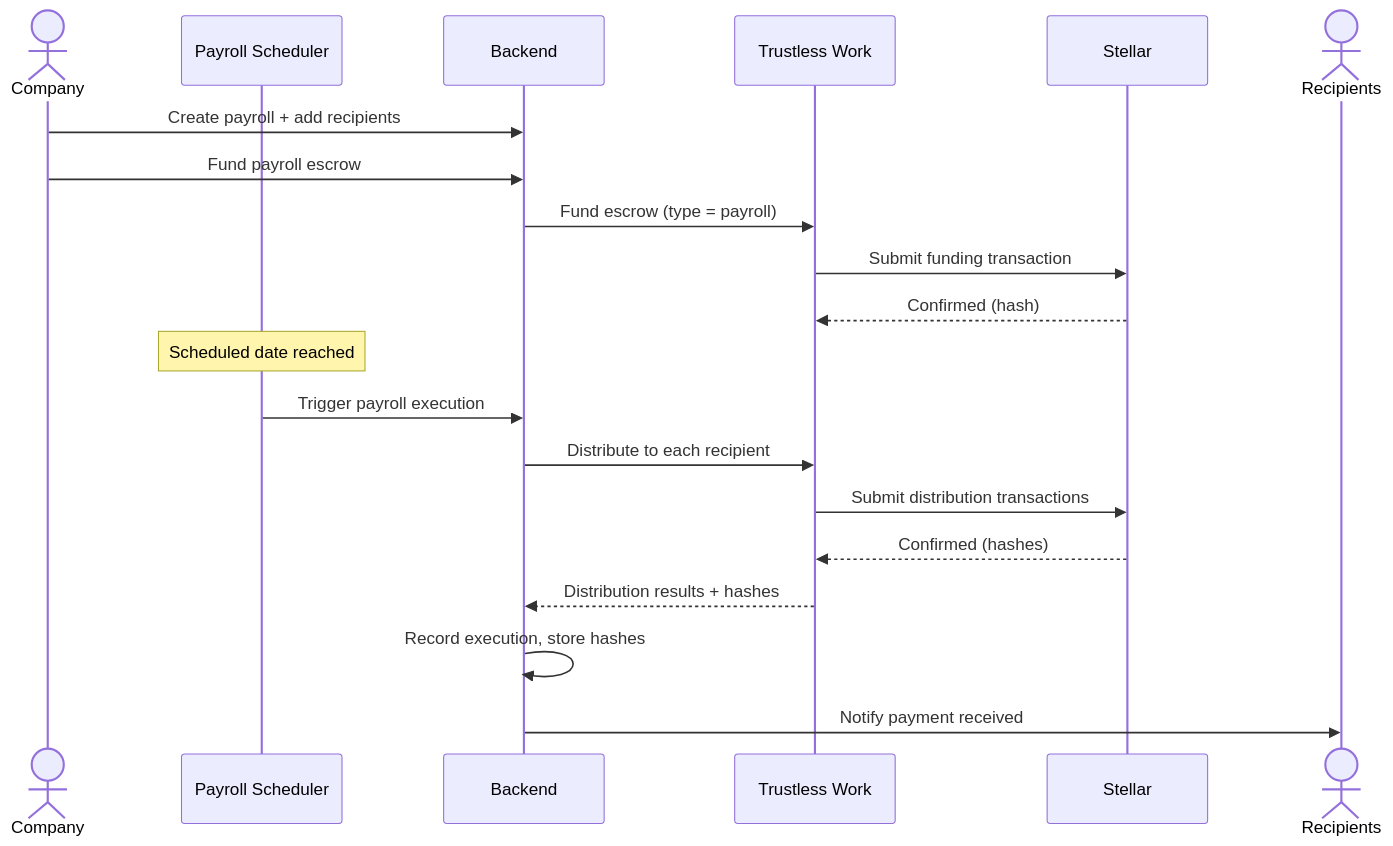
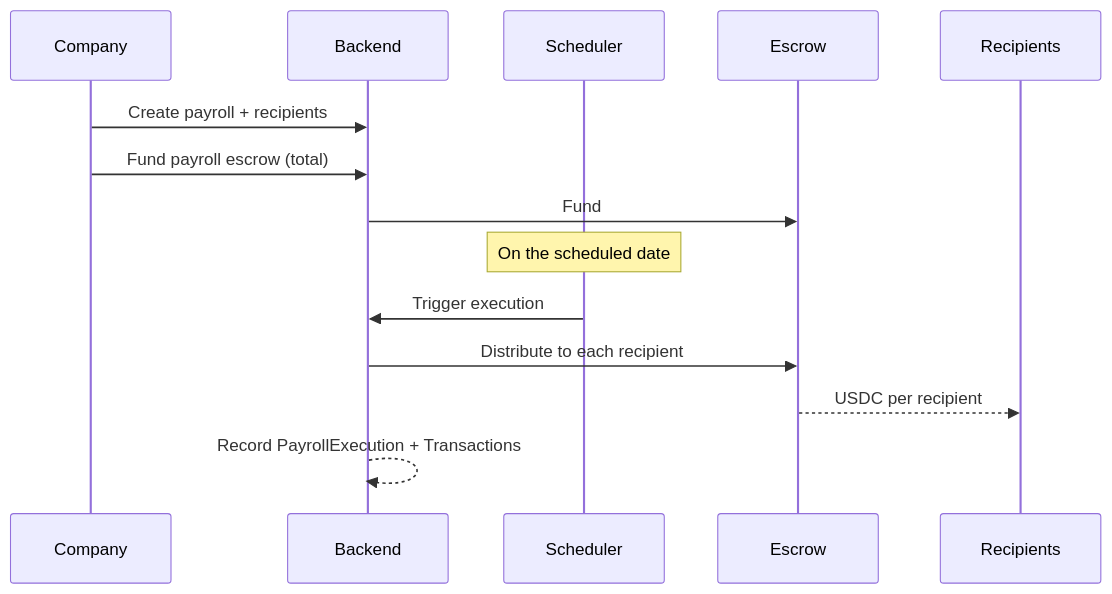
Before and after one commit to diegoveme/BolPay: the second of 2 diagrams in docs/escrow.md, drawn with Mermaid. The commit also changed other lines of this file and 291 other files, not shown here.

````diff
--- a/docs/escrow.md
+++ b/docs/escrow.md
@@ -113,24 +73,17 @@
 ```mermaid
 sequenceDiagram
-    actor Company
-    participant SCHED as Payroll Scheduler
+    participant C as Company
     participant API as Backend
-    participant TW as Trustless Work
-    participant ST as Stellar
-    actor Recipient as Recipients
+    participant S as Scheduler
+    participant E as Escrow
+    participant R as Recipients
 
-    Company->>API: Create payroll + add recipients
-    Company->>API: Fund payroll escrow
-    API->>TW: Fund escrow (type = payroll)
-    TW->>ST: Submit funding transaction
-    ST-->>TW: Confirmed (hash)
-
-    Note over SCHED: Scheduled date reached
-    SCHED->>API: Trigger payroll execution
-    API->>TW: Distribute to each recipient
-    TW->>ST: Submit distribution transactions
-    ST-->>TW: Confirmed (hashes)
-    TW-->>API: Distribution results + hashes
-    API->>API: Record execution, store hashes
-    API->>Recipient: Notify payment received
+    C->>API: Create payroll + recipients
+    C->>API: Fund payroll escrow (total)
+    API->>E: Fund
+    Note over S: On the scheduled date
+    S->>API: Trigger execution
+    API->>E: Distribute to each recipient
+    E-->>R: USDC per recipient
+    API-->>API: Record PayrollExecution + Transactions
 ```
````
